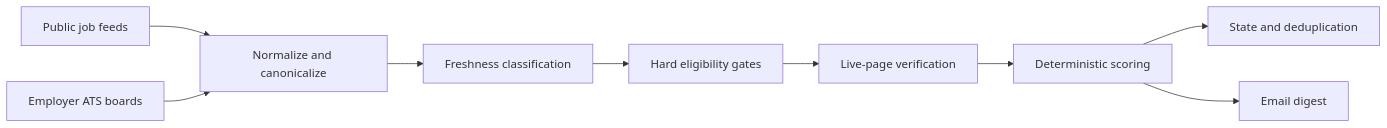
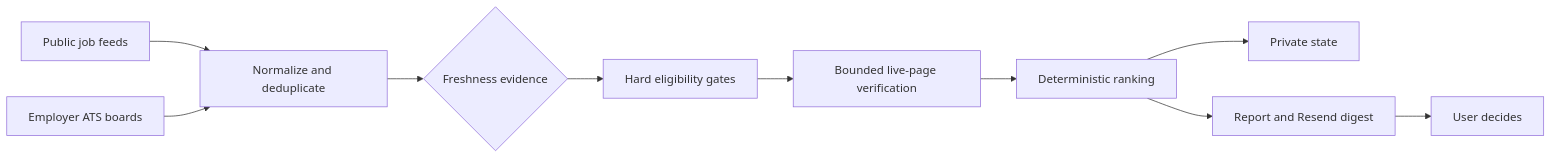
One commit to jaikrishnanmurali/career-intelligence-workflow changed the diagram in README.md. Above: the diagram before and after it, drawn with Mermaid. The commit also changed other lines of this file and 35 other files, not shown here.

````diff
--- a/README.md
+++ b/README.md
@@ -30,11 +81,12 @@
 ```mermaid
 flowchart LR
-  A["Public job feeds"] --> C["Normalize and canonicalize"]
-  B["Employer ATS boards"] --> C
-  C --> D["Freshness classification"]
-  D --> E["Hard eligibility gates"]
-  E --> F["Live-page verification"]
-  F --> G["Deterministic scoring"]
-  G --> H["State and deduplication"]
-  G --> I["Email digest"]
+  A[Public job feeds] --> C[Normalize and deduplicate]
+  B[Employer ATS boards] --> C
+  C --> D{Freshness evidence}
+  D --> E[Hard eligibility gates]
+  E --> F[Bounded live-page verification]
+  F --> G[Deterministic ranking]
+  G --> H[Private state]
+  G --> I[Report and Resend digest]
+  I --> J[User decides]
 ```
````
